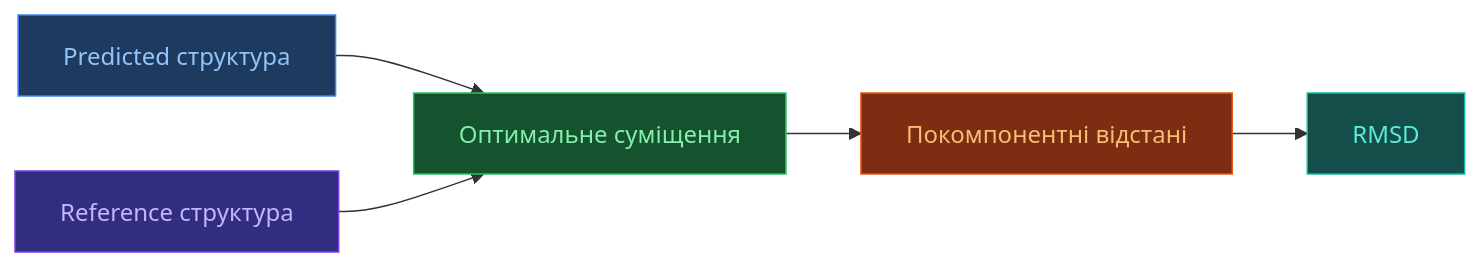
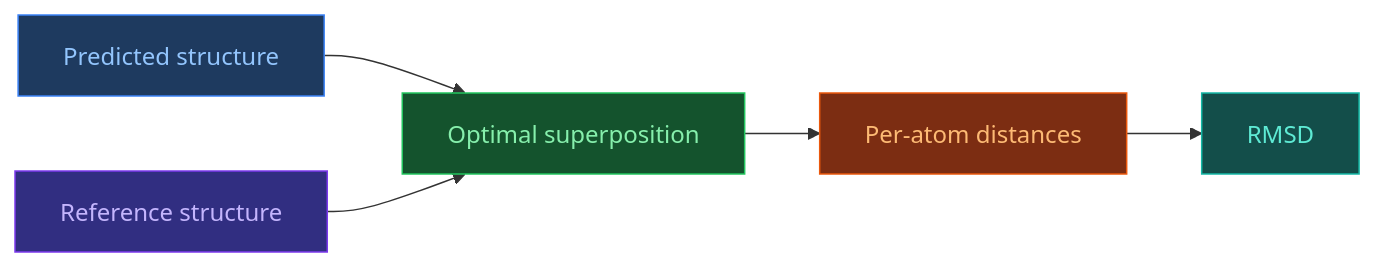
Before and after one commit to OlehVolkov/AlphaFold3-AIGen-KnowledgeBase: the diagram in UA/2. Концепції/2.3. Структурна-Біоінформатика/2.3.1. RMSD.md, drawn with Mermaid. The commit also changed other lines of this file and 33 other files, not shown here.

````diff
--- a/UA/2. Концепції/2.3. Структурна-Біоінформатика/2.3.1. RMSD.md
+++ b/UA/2. Концепції/2.3. Структурна-Біоінформатика/2.3.1. RMSD.md
@@ -32,14 +41,14 @@
 ```mermaid
 flowchart LR
-    P["Predicted структура"]:::input --> A["Оптимальне суміщення"]:::diffusion
-    R["Reference структура"]:::trunk --> A
-    A --> D["Покомпонентні відстані"]:::confidence
+    P["Predicted structure"]:::input --> A["Optimal superposition"]:::diffusion
+    R["Reference structure"]:::trunk --> A
+    A --> D["Per-atom distances"]:::confidence
     D --> S["RMSD"]:::output
 
     classDef input fill:#1e3a5f,stroke:#3b82f6,color:#93c5fd
     classDef trunk fill:#312e81,stroke:#7c3aed,color:#c4b5fd
     classDef diffusion fill:#14532d,stroke:#22c55e,color:#86efac
     classDef confidence fill:#7c2d12,stroke:#ea580c,color:#fdba74
     classDef output fill:#134e4a,stroke:#14b8a6,color:#5eead4
     classDef neutral fill:#1e293b,stroke:#475569,color:#94a3b8
 ```
````
